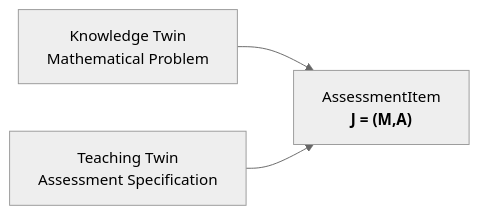
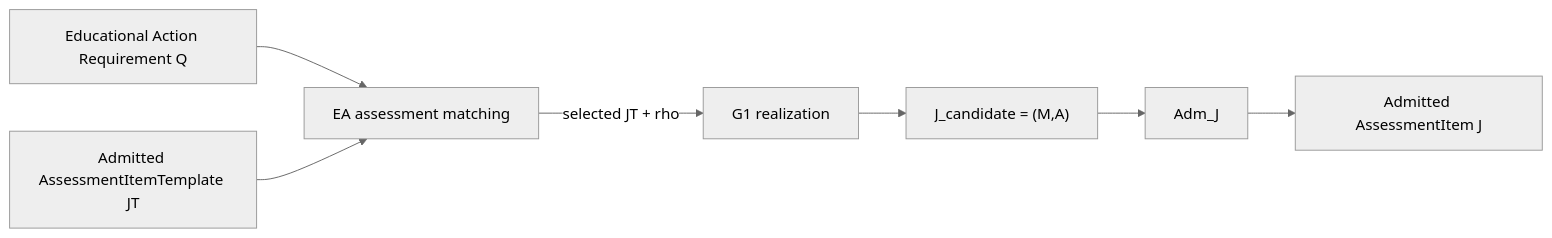
The fifth of 7 diagrams in content/architecture.md (thatao72/three-twin-docs), drawn with Mermaid (neutral theme) before and after one commit. The commit also changed other lines of this file, not shown here.

Commit message:
Align architecture docs with current Q EA JT and assessment model

````diff
--- a/content/architecture.md
+++ b/content/architecture.md
@@ -173,10 +333,15 @@
 ```mermaid
 flowchart LR
+    Q["Educational Action Requirement Q"]
+    M["EA assessment matching"]
+    JT["Admitted AssessmentItemTemplate JT"]
+    G1["G1 realization"]
+    JC["J_candidate = (M,A)"]
+    ADM["Adm_J"]
+    J["Admitted AssessmentItem J"]
 
-    K["Knowledge Twin<br/>Mathematical Problem"]
-    T["Teaching Twin<br/>Assessment Specification"]
-    J["AssessmentItem<br/><b>J = (M,A)</b>"]
-
-    K --> J
-    T --> J
+    Q --> M
+    JT --> M
+    M -->|"selected JT + rho"| G1
+    G1 --> JC --> ADM --> J
 ```
````
